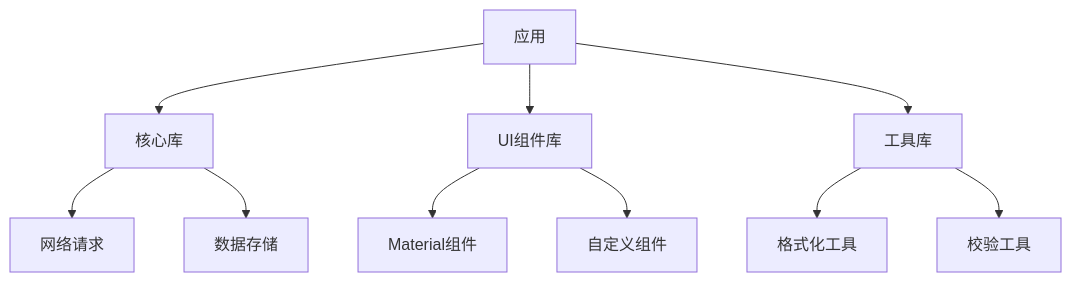
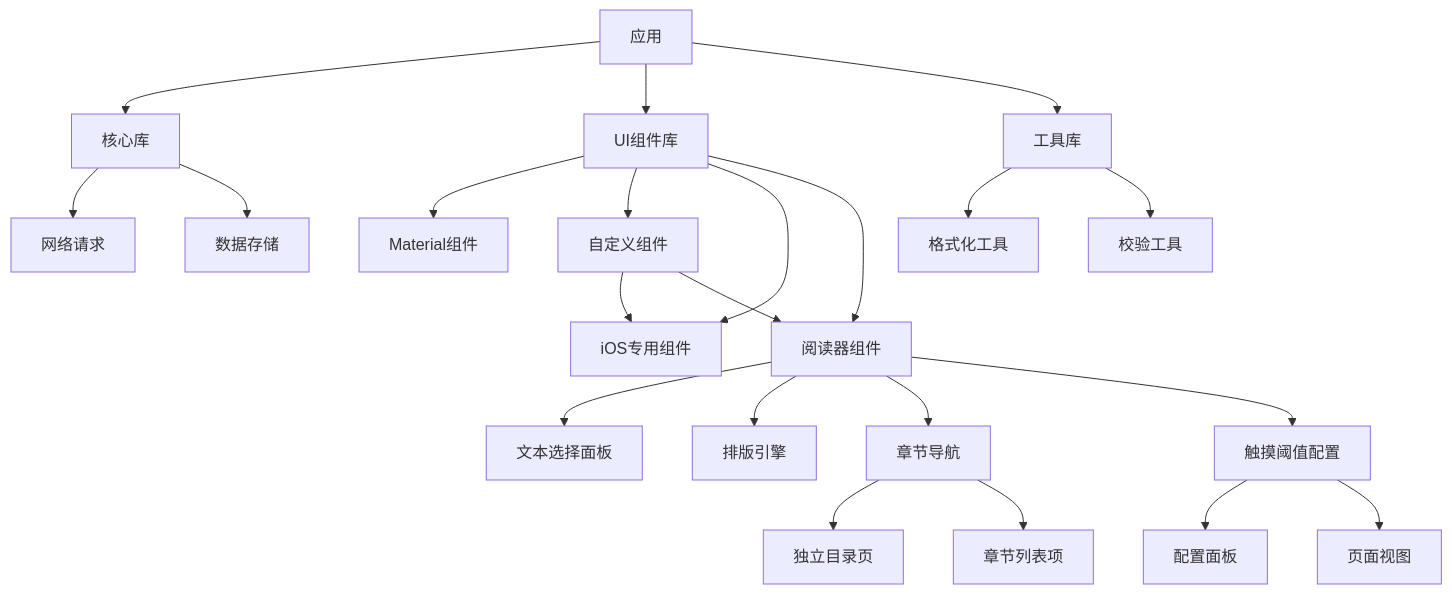
Before and after one commit to ZhangGHGitHub/LegadoTeamFlutter: diagram 20 of 20 in .qoder/repowiki/zh/content/Flutter跨平台应用/UI组件系统/UI组件系统.md, drawn with Mermaid. The commit also changed other lines of this file and 173 other files, not shown here.

````diff
--- a/.qoder/repowiki/zh/content/Flutter跨平台应用/UI组件系统/UI组件系统.md
+++ b/.qoder/repowiki/zh/content/Flutter跨平台应用/UI组件系统/UI组件系统.md
@@ -325,12 +986,24 @@
 ```mermaid
 graph TB
 App["应用"] --> Core["核心库"]
 App --> UI["UI组件库"]
 App --> Utils["工具库"]
 Core --> Network["网络请求"]
 Core --> Storage["数据存储"]
 UI --> Material["Material组件"]
 UI --> Custom["自定义组件"]
+UI --> iOS["iOS专用组件"]
+UI --> Reader["阅读器组件"]
+Custom --> iOS
+Custom --> Reader
 Utils --> Format["格式化工具"]
 Utils --> Validation["校验工具"]
+Reader --> Selection["文本选择面板"]
+Reader --> Layout["排版引擎"]
+Reader --> Navigation["章节导航"]
+Reader --> TouchThreshold["触摸阈值配置"]
+Navigation --> Catalog["独立目录页"]
+Navigation --> Tiles["章节列表项"]
+TouchThreshold --> ConfigPanel["配置面板"]
+TouchThreshold --> PageView["页面视图"]
 ```
````
